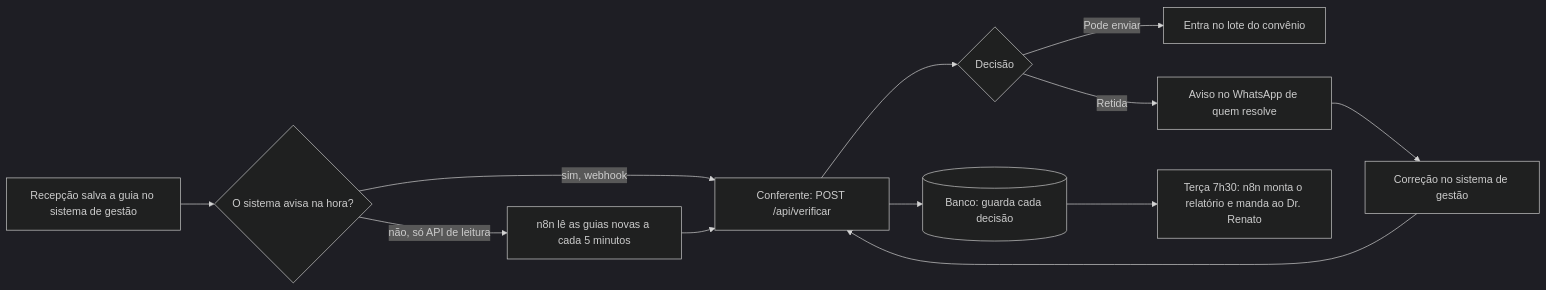
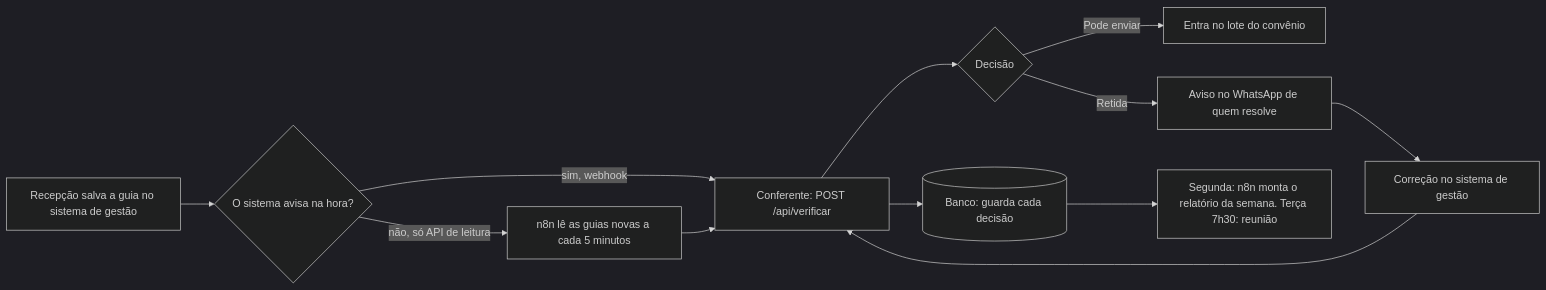
Before and after one commit to gbfelipe7/vitalis-guias: the diagram in README.md, drawn with Mermaid (dark theme). The commit also changed other lines of this file and 6 other files, not shown here.

Commit message:
Relatório de terça pela semana anterior, de segunda a domingo, com escolha da semana

````diff
--- a/README.md
+++ b/README.md
@@ -99,14 +99,14 @@
 ```mermaid
 flowchart LR
   A[Recepção salva a guia no sistema de gestão] --> B{O sistema avisa na hora?}
   B -- sim, webhook --> C[Conferente: POST /api/verificar]
   B -- não, só API de leitura --> D[n8n lê as guias novas a cada 5 minutos]
   D --> C
   C --> E[(Banco: guarda cada decisão)]
   C --> F{Decisão}
   F -- Pode enviar --> G[Entra no lote do convênio]
   F -- Retida --> H[Aviso no WhatsApp de quem resolve]
   H --> I[Correção no sistema de gestão]
   I --> C
-  E --> J[Terça 7h30: n8n monta o relatório e manda ao Dr. Renato]
+  E --> J[Segunda: n8n monta o relatório da semana. Terça 7h30: reunião]
 ```
````
